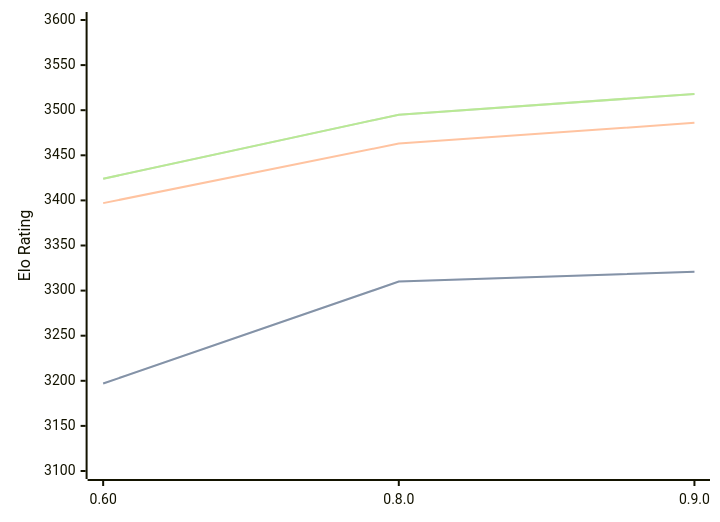
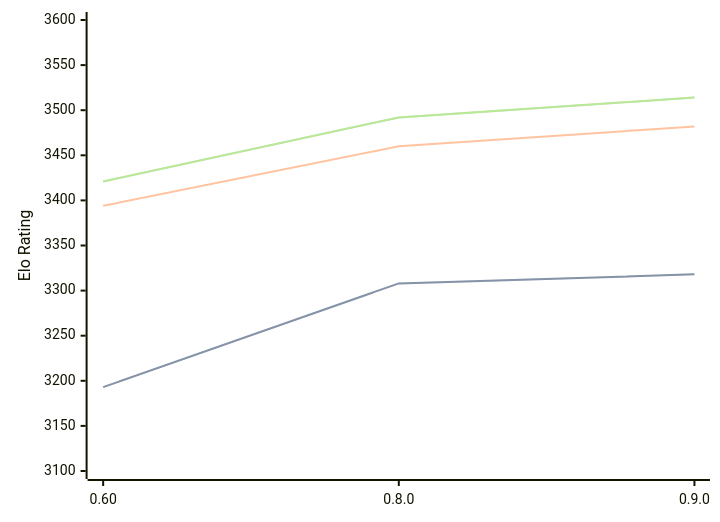
The diagram in engines/Motor.md (computer-chess-index/cci), drawn with Mermaid before and after one commit. The commit also changed other lines of this file, not shown here.

Commit message:
Update CCI Ratings (ELO VLTC) - 2026-06-08

````diff
--- a/engines/Motor.md
+++ b/engines/Motor.md
@@ -39,11 +39,11 @@
 ```mermaid
 %%{init: {"theme":"base","themeVariables":{"seriesColors:['#a3a3a3','#222221','#faa371']}}}%%
 xychart-beta
   x-axis ["0.60", "0.8.0", "0.9.0"]
   y-axis "Elo Rating" 3100 --> 3600
-  line "STC (8.0+0.08s)" [3197, 3310, 3321]
-  line "STC (8.0+0.08s)" [3197, 3310, 3321]
-  line "LTC (60.0+0.60s)" [3397, 3463, 3486]
-  line "VLTC (2m24s+1.12s)" [3424, 3495, 3518]
-  line "VLTC (2m24s+1.12s)" [3424, 3495, 3518]
+  line "STC (8.0+0.08s)" [3193, 3308, 3318]
+  line "STC (8.0+0.08s)" [3193, 3308, 3318]
+  line "LTC (60.0+0.60s)" [3394, 3460, 3482]
+  line "VLTC (2m24s+1.12s)" [3421, 3492, 3514]
+  line "VLTC (2m24s+1.12s)" [3421, 3492, 3514]
 ```
````
